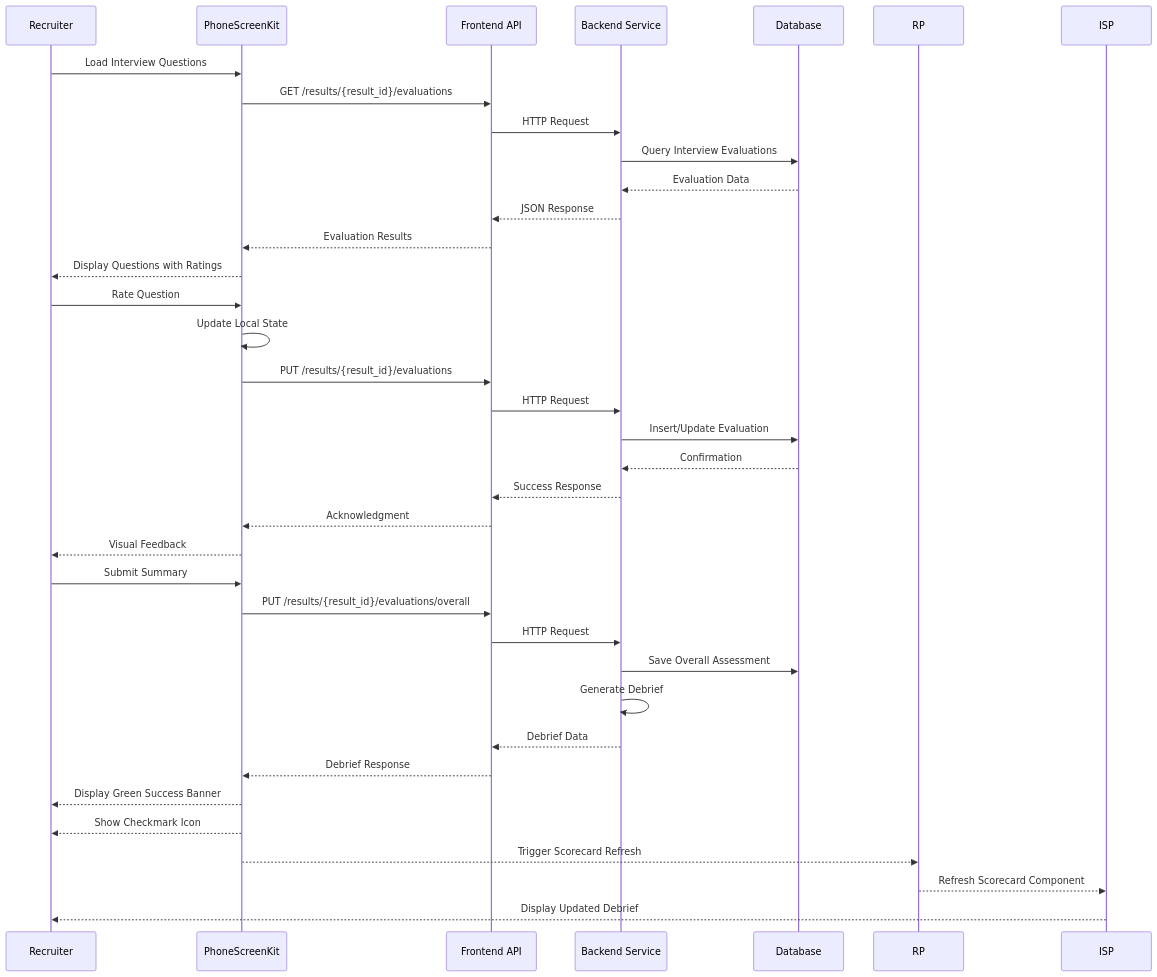
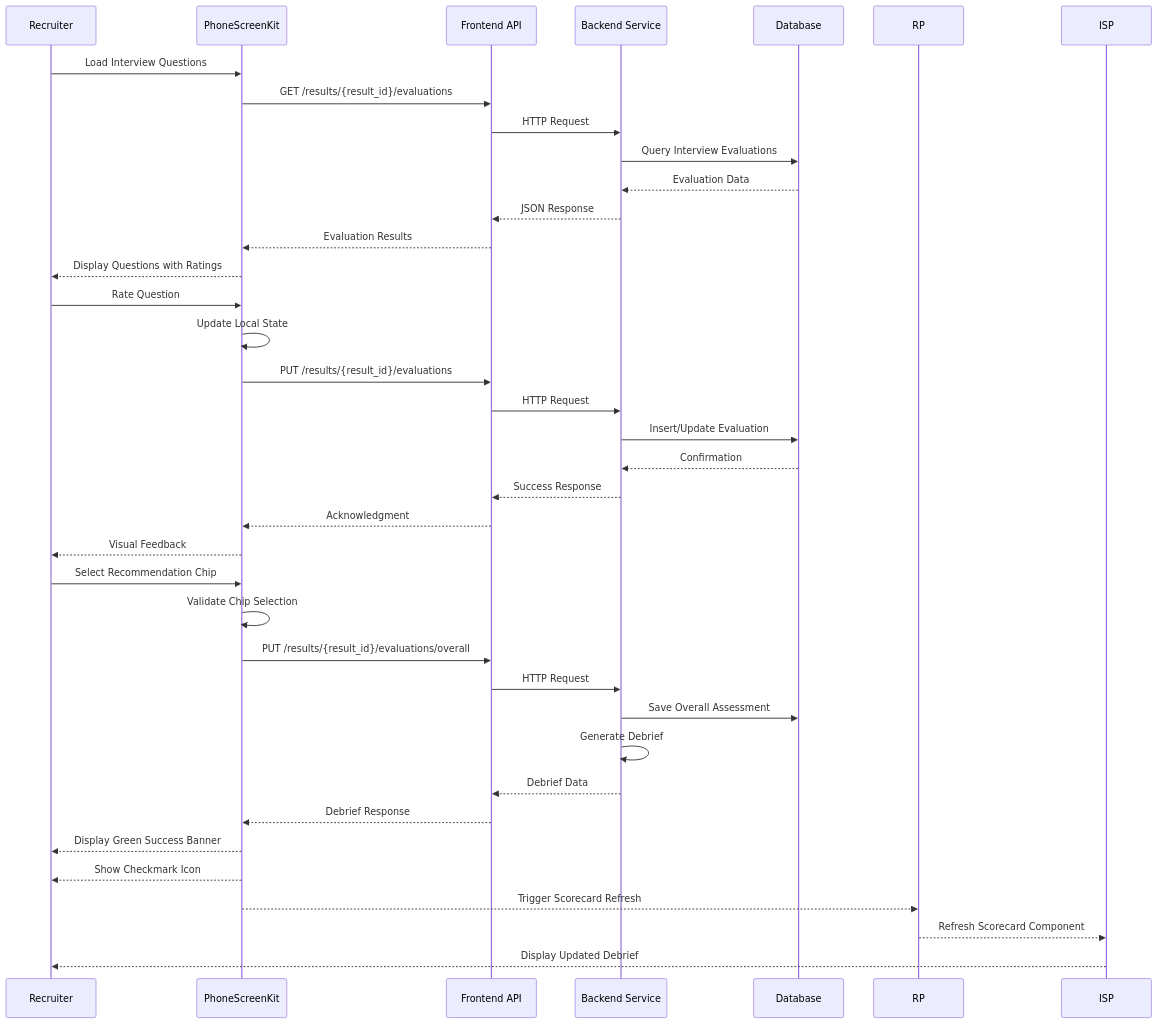
The third of 10 diagrams in .qoder/repowiki/en/content/Frontend Architecture/Component Library/PhoneScreenKit Component.md (Revanththetalogics/aireume), drawn with Mermaid before and after one commit. The commit also changed other lines of this file and 4 other files, not shown here.

````diff
--- a/.qoder/repowiki/en/content/Frontend Architecture/Component Library/PhoneScreenKit Component.md
+++ b/.qoder/repowiki/en/content/Frontend Architecture/Component Library/PhoneScreenKit Component.md
@@ -157,37 +166,38 @@
 ```mermaid
 sequenceDiagram
 participant User as Recruiter
 participant PSK as PhoneScreenKit
 participant API as Frontend API
 participant BE as Backend Service
 participant DB as Database
 User->>PSK : Load Interview Questions
 PSK->>API : GET /results/{result_id}/evaluations
 API->>BE : HTTP Request
 BE->>DB : Query Interview Evaluations
 DB-->>BE : Evaluation Data
 BE-->>API : JSON Response
 API-->>PSK : Evaluation Results
 PSK-->>User : Display Questions with Ratings
 User->>PSK : Rate Question
 PSK->>PSK : Update Local State
 PSK->>API : PUT /results/{result_id}/evaluations
 API->>BE : HTTP Request
 BE->>DB : Insert/Update Evaluation
 DB-->>BE : Confirmation
 BE-->>API : Success Response
 API-->>PSK : Acknowledgment
 PSK-->>User : Visual Feedback
-User->>PSK : Submit Summary
+User->>PSK : Select Recommendation Chip
+PSK->>PSK : Validate Chip Selection
 PSK->>API : PUT /results/{result_id}/evaluations/overall
 API->>BE : HTTP Request
 BE->>DB : Save Overall Assessment
 BE->>BE : Generate Debrief
 BE-->>API : Debrief Data
 API-->>PSK : Debrief Response
 PSK-->>User : Display Green Success Banner
 PSK-->>User : Show Checkmark Icon
 PSK-->>RP : Trigger Scorecard Refresh
 RP-->>ISP : Refresh Scorecard Component
 ISP-->>User : Display Updated Debrief
 ```
````
